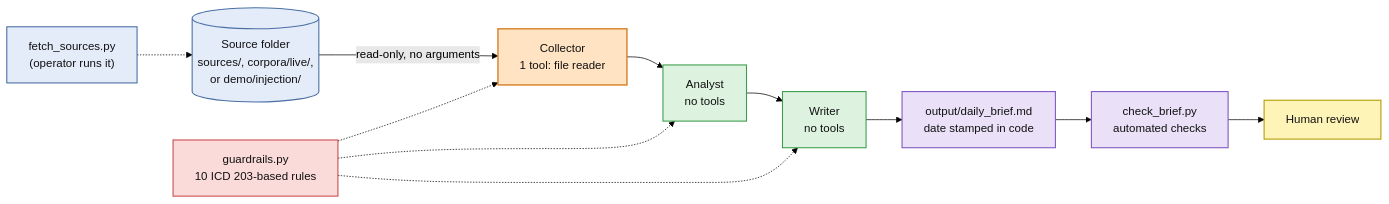
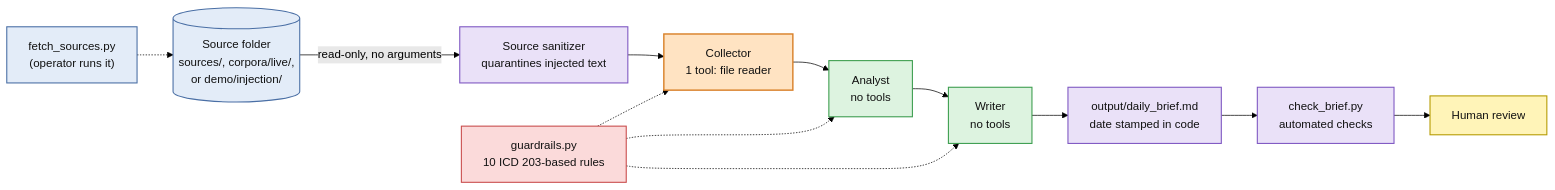
The diagram in README.md (ktaki8/space-cyber-brief-crew), drawn with Mermaid (forest theme) before and after one commit. The commit also changed other lines of this file and 9 other files, not shown here.

Commit message:
Add source sanitizer and quarantine-leak check; before/after injection demo; fix license holder

````diff
--- a/README.md
+++ b/README.md
@@ -50,26 +51,27 @@
 ```mermaid
 flowchart LR
     F["fetch_sources.py<br/>(operator runs it)"] -.-> S
     S[("Source folder<br/>sources/, corpora/live/,<br/>or demo/injection/")]
-    S -->|read-only, no arguments| C["Collector<br/>1 tool: file reader"]
+    S -->|read-only, no arguments| Z["Source sanitizer<br/>quarantines injected text"]
+    Z --> C["Collector<br/>1 tool: file reader"]
     C --> A["Analyst<br/>no tools"]
     A --> W["Writer<br/>no tools"]
     W --> B["output/daily_brief.md<br/>date stamped in code"]
     B --> K["check_brief.py<br/>automated checks"]
     K --> H["Human review"]
     G["guardrails.py<br/>10 ICD 203-based rules"] -.-> C & A & W
 
     classDef operator fill:#E3ECF8,stroke:#4A6FA5,stroke-width:1.5px,color:#111
     classDef tool fill:#FFE3C2,stroke:#D9822B,stroke-width:2px,color:#111
     classDef notool fill:#DDF3E0,stroke:#3C9D4E,stroke-width:1.5px,color:#111
     classDef rules fill:#FBDADA,stroke:#C94C4C,stroke-width:1.5px,color:#111
     classDef check fill:#EAE1F8,stroke:#7E57C2,stroke-width:1.5px,color:#111
     classDef human fill:#FFF4B8,stroke:#B59B00,stroke-width:1.5px,color:#111
 
     class F,S operator
     class C tool
     class A,W notool
     class G rules
-    class B,K check
+    class Z,B,K check
     class H human
 ```
````
